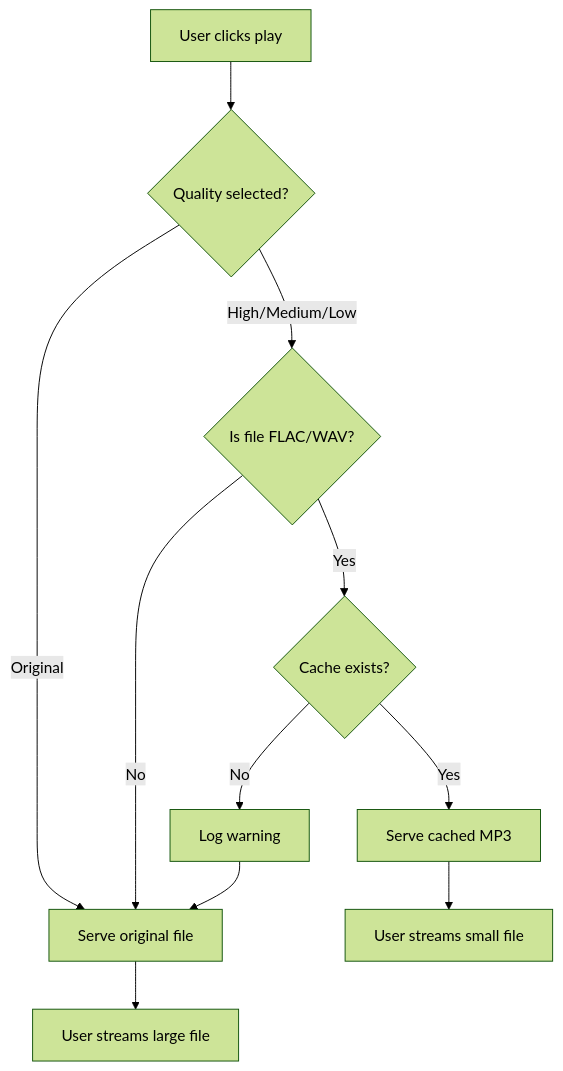
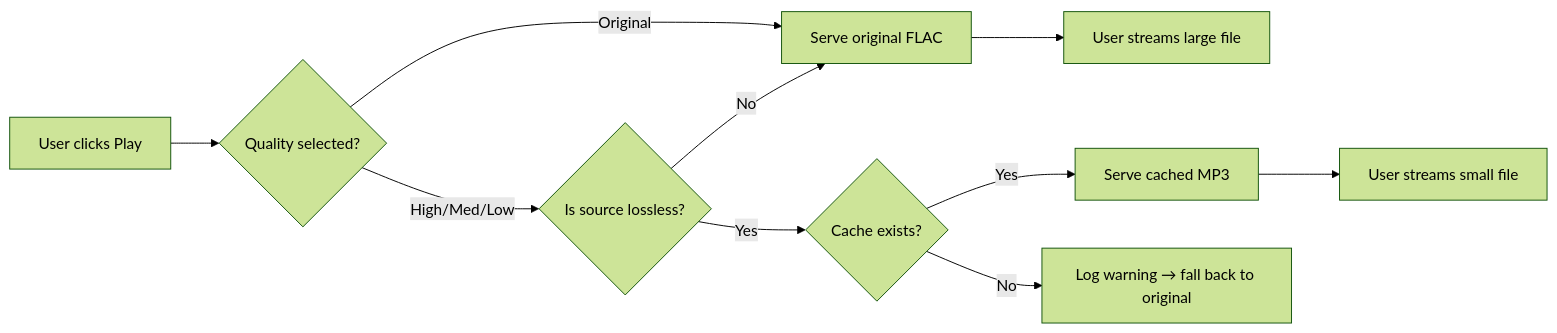
Before and after one commit to mark-me/mixtape-society: the fourth of 4 diagrams in docs/development/audio_caching.md, drawn with Mermaid (forest theme). The commit also changed other lines of this file, not shown here.

````diff
--- a/docs/development/audio_caching.md
+++ b/docs/development/audio_caching.md
@@ -123,13 +109,12 @@
 ```mermaid
-graph TD
-    A[User clicks play] --> B{Quality selected?}
-    B -->|Original| C[Serve original file]
-    B -->|High/Medium/Low| D{Is file FLAC/WAV?}
+graph LR
+    A[User clicks Play] --> B{Quality selected?}
+    B -->|Original| C[Serve original FLAC]
+    B -->|High/Med/Low| D{Is source lossless?}
     D -->|No| C
     D -->|Yes| E{Cache exists?}
     E -->|Yes| F[Serve cached MP3]
-    E -->|No| G[Log warning]
-    G --> C
+    E -->|No| G[Log warning → fall back to original]
     F --> H[User streams small file]
     C --> I[User streams large file]
 ```
````
